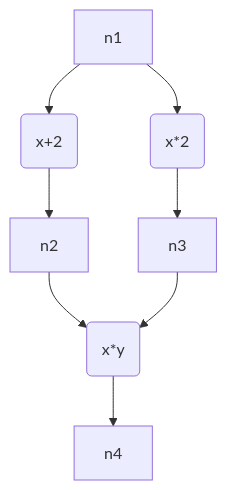
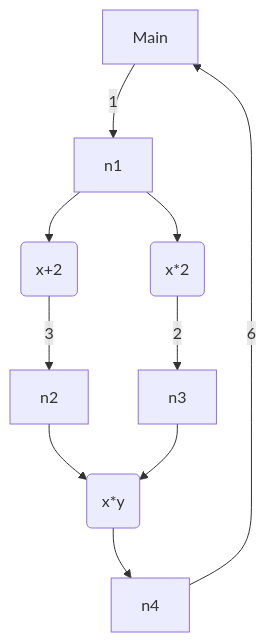
Before and after one commit to akiradeveloper/csplib: the diagram in README.md, drawn with Mermaid.

````diff
--- a/README.md
+++ b/README.md
@@ -5,10 +5,12 @@
 ```mermaid
 flowchart TD
+  Main -->|1| n1
   n1 --> P1(x+2)
   n1 --> P2(x*2)
-  P1 --> n2
-  P2 --> n3
+  P1 -->|3| n2
+  P2 -->|2| n3
   n2 --> P4(x*y)
   n3 --> P4
   P4 --> n4
+  n4 -->|6| Main
 ```
````
